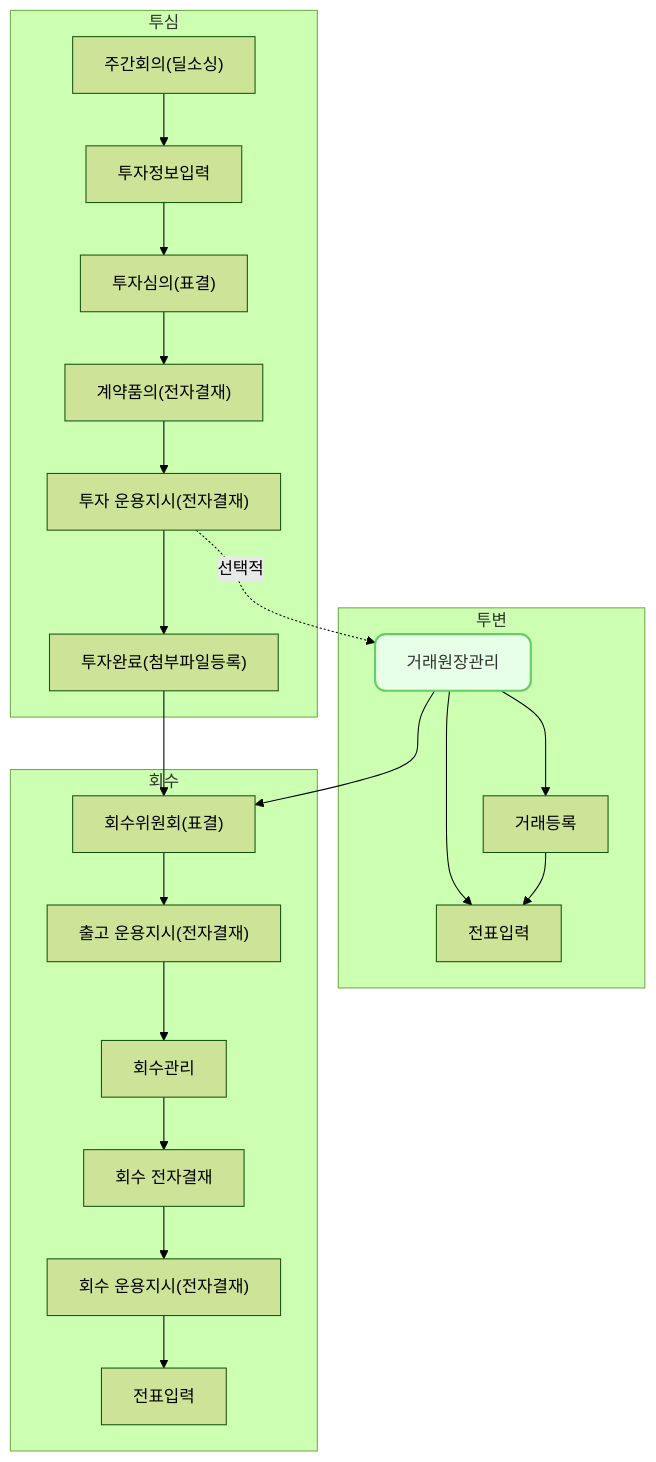
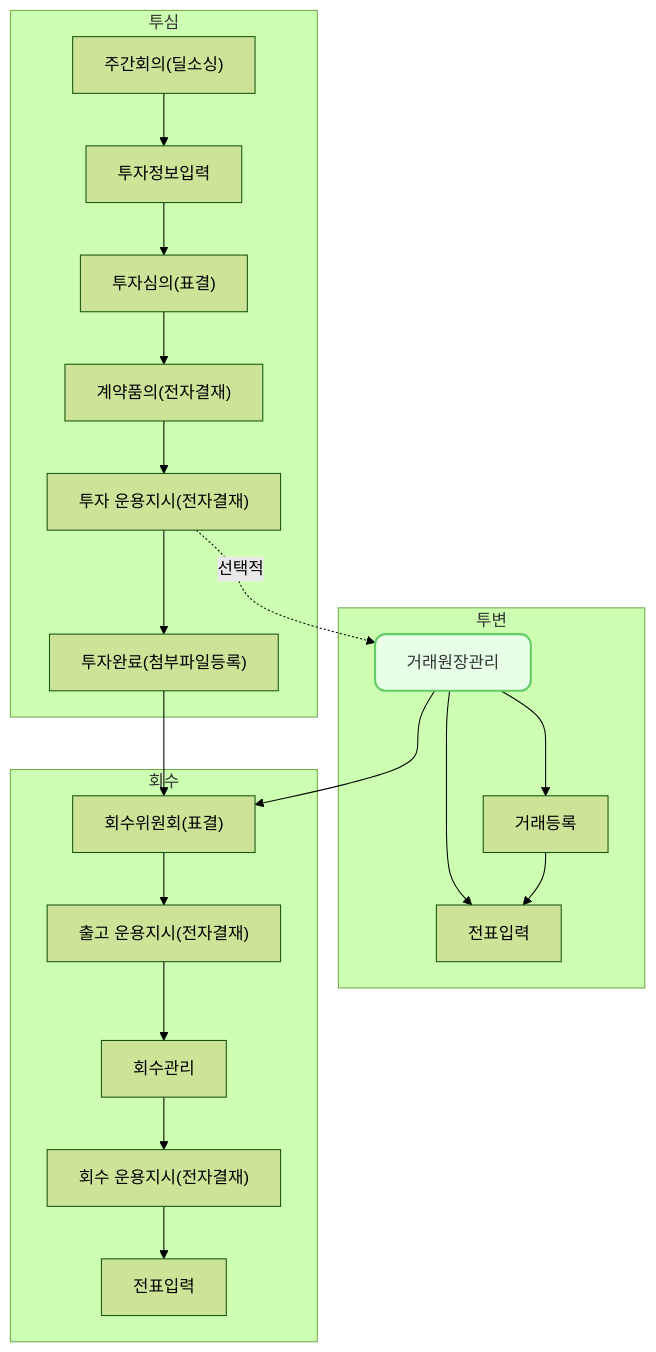
The diagram in _posts/2024-07-15-pm0001.md (ddock-ddock/ddock-ddock.github.io), drawn with Mermaid (forest theme) before and after one commit. The commit also changed 1 other file, not shown here.

Commit message:
추가

```diff
--- a/_posts/2024-07-15-pm0001.md
+++ b/_posts/2024-07-15-pm0001.md
@@ -104,15 +104,13 @@
         ex0001["회수위원회(표결)"]
         oi0001["출고 운용지시(전자결재)"]
         ex0007["회수관리"]
-        ex0009["회수 전자결재"]
         ex0009a["회수 운용지시(전자결재)"]
         fm0002a["전표입력"]
 
         pm0001 --> ex0001
         ex0001 --> oi0001
         oi0001 --> ex0007
-        ex0007 --> ex0009
-        ex0009 --> ex0009a
+        ex0007 --> ex0009a
         ex0009a --> fm0002a
         vs0009 --> ex0001
 
@@ -147,7 +145,6 @@
 click ex0001 "{% post_url 2024-07-18-ex0001 %}" " "
 click oi0001 "{% post_url 2024-07-19-oi0001 %}" " "
 click ex0007 "{% post_url 2024-07-20-ex0007 %}" " "
-click ex0009 "{% post_url 2024-07-21-ex0009 %}" " "
 click ex0009a "{% post_url 2024-07-22-ex0009a %}" " "
 click fm0002a "{% post_url 2024-07-23-fm0002a %}" " "
 
```
